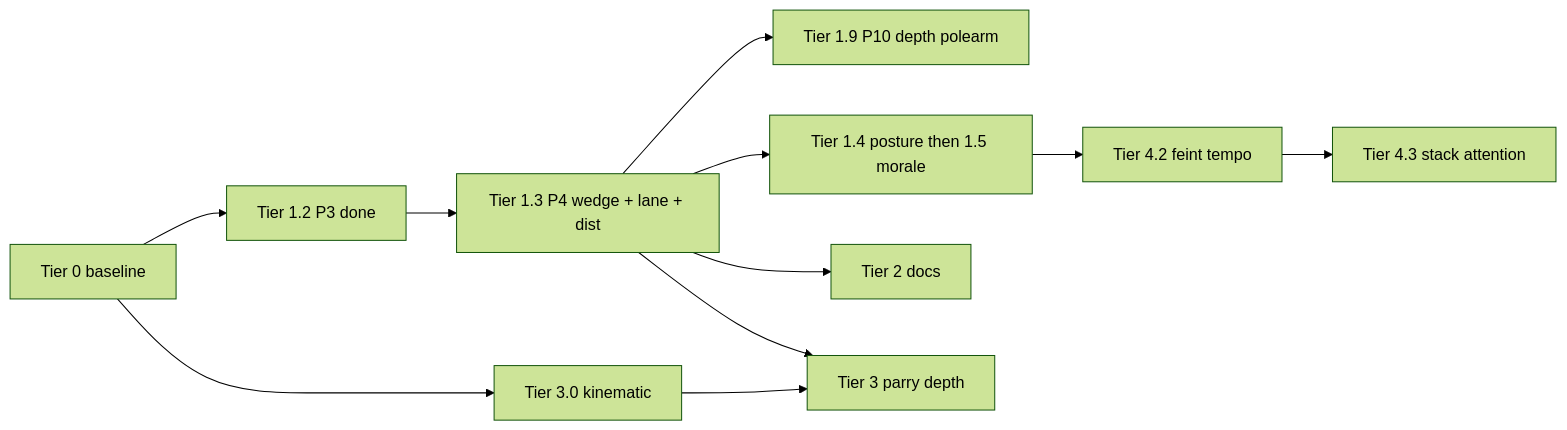
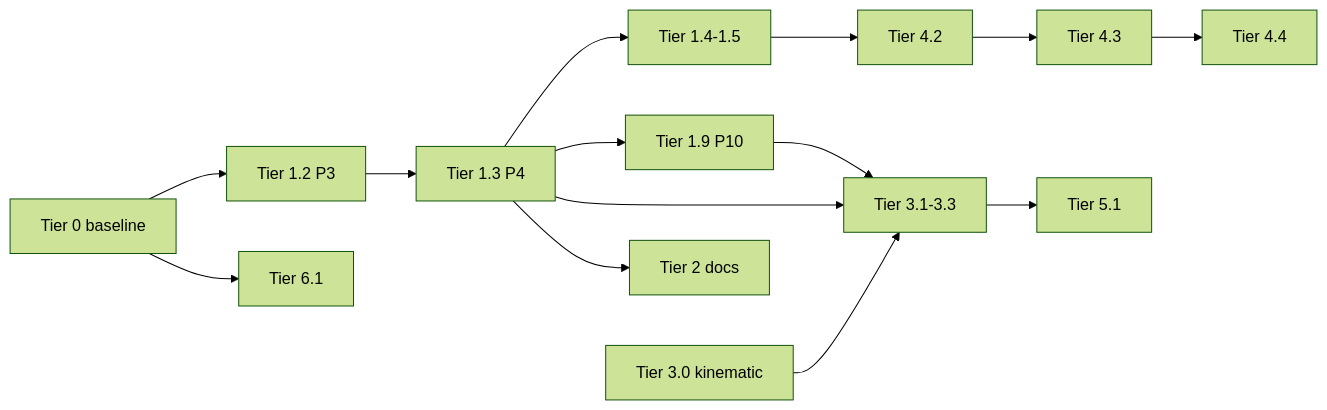
The diagram in docs/IMPLEMENTATION_ORDER.md (Evernight27/FallenPaths), drawn with Mermaid (forest theme) before and after one commit. The commit also changed other lines of this file and 112 other files, not shown here.

````diff
--- a/docs/IMPLEMENTATION_ORDER.md
+++ b/docs/IMPLEMENTATION_ORDER.md
@@ -71,20 +102,24 @@
 ```mermaid
 flowchart LR
   T0[Tier 0 baseline]
+  T12[Tier 1.2 P3]
+  T13[Tier 1.3 P4]
+  T19[Tier 1.9 P10]
+  T14[Tier 1.4-1.5]
   T30[Tier 3.0 kinematic]
-  T12[Tier 1.2 P3 done]
-  T13[Tier 1.3 P4 wedge + lane + dist]
-  T19[Tier 1.9 P10 depth polearm]
-  T14[Tier 1.4 posture then 1.5 morale]
+  T3[Tier 3.1-3.3]
   T2[Tier 2 docs]
-  T3[Tier 3 parry depth]
-  T42[Tier 4.2 feint tempo]
-  T43[Tier 4.3 stack attention]
-  T0 --> T30
+  T42[Tier 4.2]
+  T43[Tier 4.3]
+  T44[Tier 4.4]
+  T51[Tier 5.1]
+  T61[Tier 6.1]
   T0 --> T12 --> T13 --> T14
-  T13 --> T19
-  T13 --> T2
+  T13 --> T19 --> T3
   T13 --> T3
   T30 --> T3
-  T14 --> T42 --> T43
+  T13 --> T2
+  T14 --> T42 --> T43 --> T44
+  T3 --> T51
+  T0 --> T61
 ```
````
